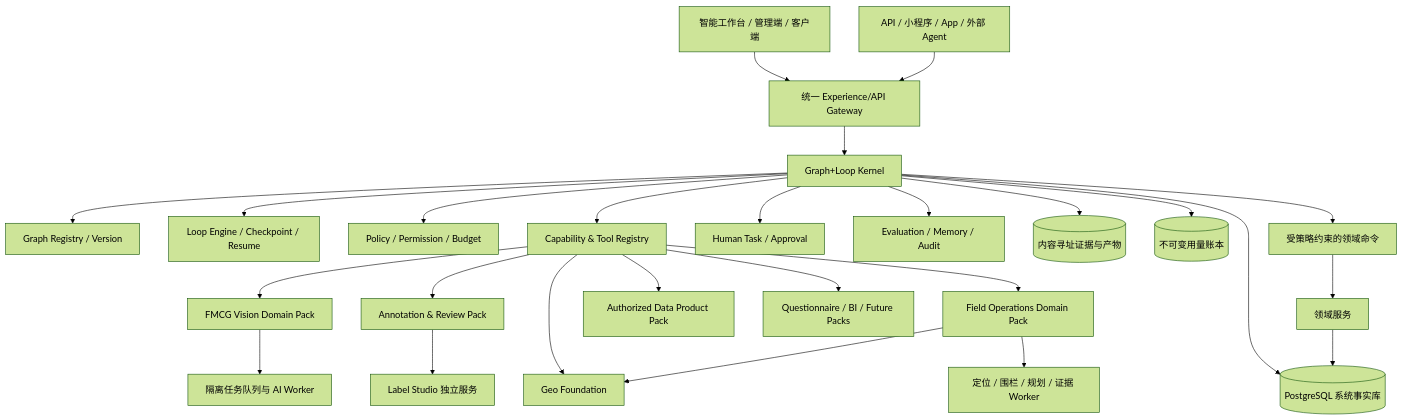
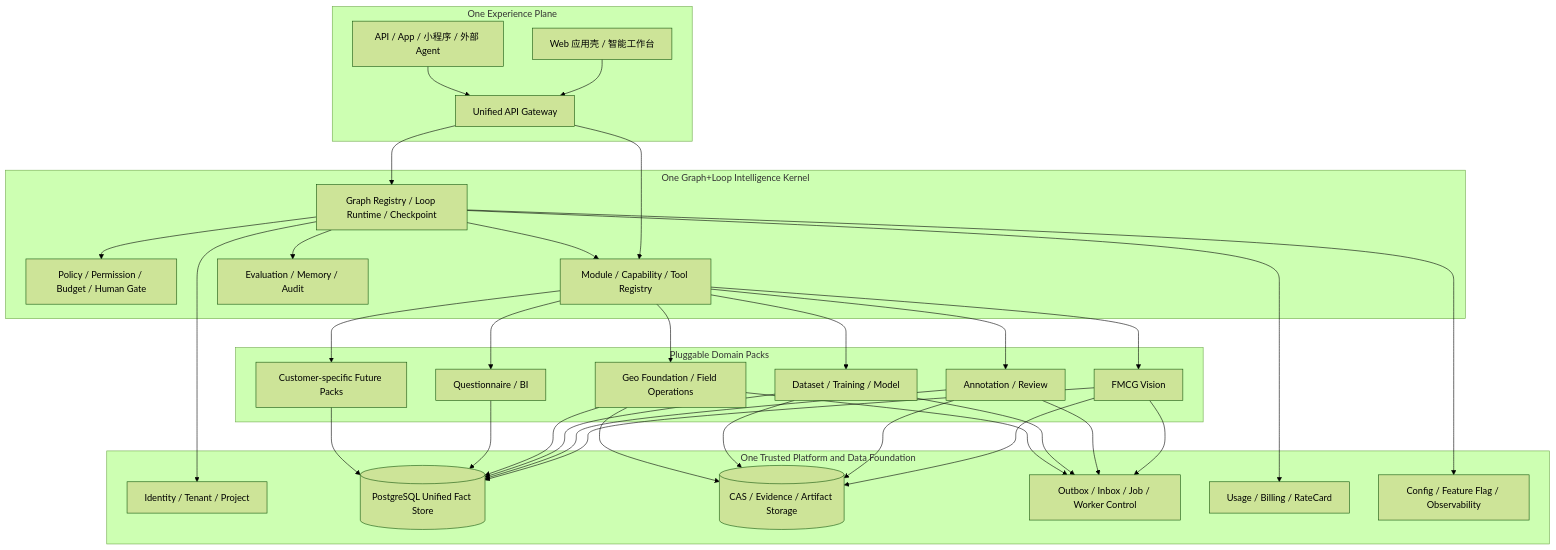
The diagram in docs/superpowers/specs/2026-08-04-fmcg-vision-saas-platform-design.md (Billjobszwq/QY_FMCG_image), drawn with Mermaid (forest theme) before and after one commit. The commit also changed other lines of this file and 2 other files, not shown here.

Commit message:
docs: unify platform foundation and domain packs

```diff
--- a/docs/superpowers/specs/2026-08-04-fmcg-vision-saas-platform-design.md
+++ b/docs/superpowers/specs/2026-08-04-fmcg-vision-saas-platform-design.md
@@ -116,28 +144,64 @@
 ~~~mermaid
 flowchart TB
-    U[智能工作台 / 管理端 / 客户端] --> G[统一 Experience/API Gateway]
-    SDK[API / 小程序 / App / 外部 Agent] --> G
-    G --> K[Graph+Loop Kernel]
-    K --> GR[Graph Registry / Version]
-    K --> LE[Loop Engine / Checkpoint / Resume]
-    K --> PR[Policy / Permission / Budget]
-    K --> CR[Capability & Tool Registry]
-    K --> HM[Human Task / Approval]
-    K --> EV[Evaluation / Memory / Audit]
-    CR --> VIS[FMCG Vision Domain Pack]
-    CR --> LAB[Annotation & Review Pack]
-    CR --> GEO[Geo Foundation]
-    CR --> FIELD[Field Operations Domain Pack]
-    CR --> DATA[Authorized Data Product Pack]
-    CR --> FUT[Questionnaire / BI / Future Packs]
-    VIS --> Q[隔离任务队列与 AI Worker]
-    LAB --> LS[Label Studio 独立服务]
-    FIELD --> FQ[定位 / 围栏 / 规划 / 证据 Worker]
-    FIELD --> GEO
-    K --> PG[(PostgreSQL 系统事实库)]
-    K --> CAS[(内容寻址证据与产物)]
-    K --> LEDGER[(不可变用量账本)]
-    K --> CMD[受策略约束的领域命令]
-    CMD --> DOMAIN[领域服务]
-    DOMAIN --> PG
+    subgraph EXPERIENCE["One Experience Plane"]
+        WEB["Web 应用壳 / 智能工作台"]
+        ENTRY["API / App / 小程序 / 外部 Agent"]
+        GW["Unified API Gateway"]
+        WEB --> GW
+        ENTRY --> GW
+    end
+
+    subgraph KERNEL["One Graph+Loop Intelligence Kernel"]
+        RUNTIME["Graph Registry / Loop Runtime / Checkpoint"]
+        POLICY["Policy / Permission / Budget / Human Gate"]
+        CAPREG["Module / Capability / Tool Registry"]
+        EVAL["Evaluation / Memory / Audit"]
+    end
+
+    subgraph MODULES["Pluggable Domain Packs"]
+        FMCG["FMCG Vision"]
+        LABEL["Annotation / Review"]
+        TRAIN["Dataset / Training / Model"]
+        GEOFIELD["Geo Foundation / Field Operations"]
+        QB["Questionnaire / BI"]
+        CUSTOM["Customer-specific Future Packs"]
+    end
+
+    subgraph FOUNDATION["One Trusted Platform and Data Foundation"]
+        IAM["Identity / Tenant / Project"]
+        PG[("PostgreSQL Unified Fact Store")]
+        OBJECTS[("CAS / Evidence / Artifact Storage")]
+        BUS["Outbox / Inbox / Job / Worker Control"]
+        MONEY["Usage / Billing / RateCard"]
+        OPS["Config / Feature Flag / Observability"]
+    end
+
+    GW --> RUNTIME
+    GW --> CAPREG
+    RUNTIME --> POLICY
+    RUNTIME --> CAPREG
+    RUNTIME --> EVAL
+    CAPREG --> FMCG
+    CAPREG --> LABEL
+    CAPREG --> TRAIN
+    CAPREG --> GEOFIELD
+    CAPREG --> QB
+    CAPREG --> CUSTOM
+    RUNTIME --> IAM
+    FMCG --> PG
+    LABEL --> PG
+    TRAIN --> PG
+    GEOFIELD --> PG
+    QB --> PG
+    CUSTOM --> PG
+    FMCG --> OBJECTS
+    LABEL --> OBJECTS
+    TRAIN --> OBJECTS
+    GEOFIELD --> OBJECTS
+    FMCG --> BUS
+    LABEL --> BUS
+    TRAIN --> BUS
+    GEOFIELD --> BUS
+    RUNTIME --> MONEY
+    RUNTIME --> OPS
 ~~~
```
